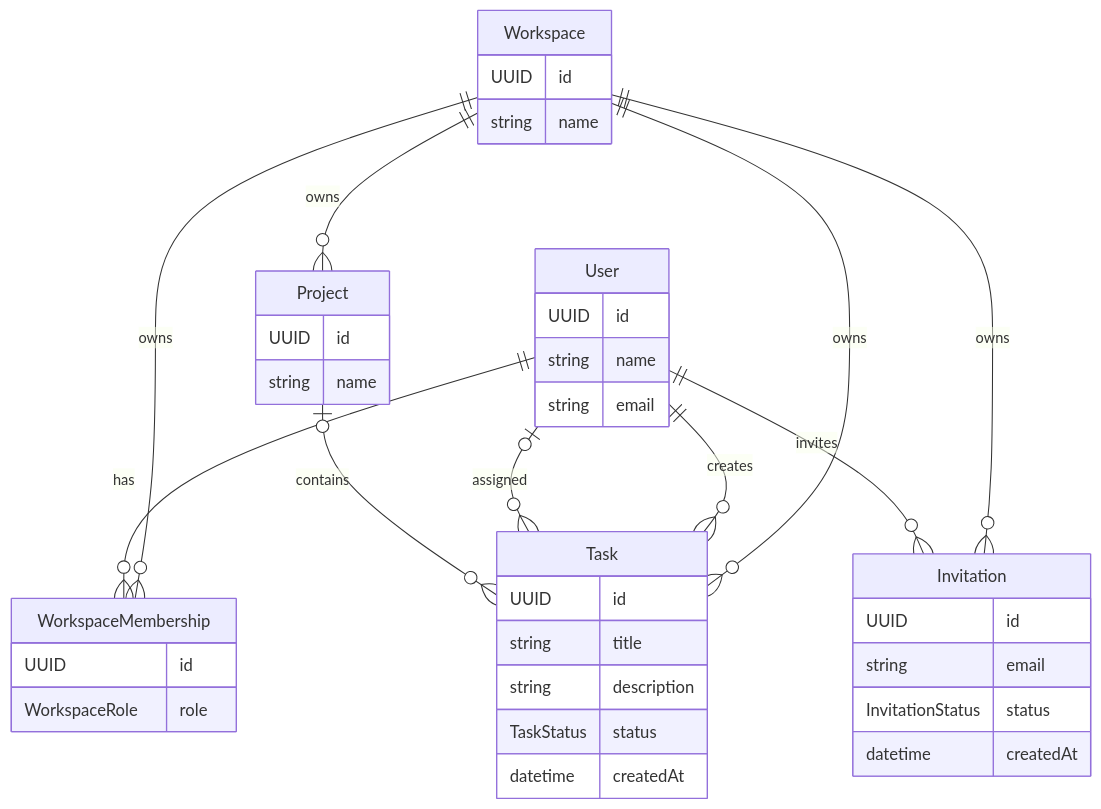
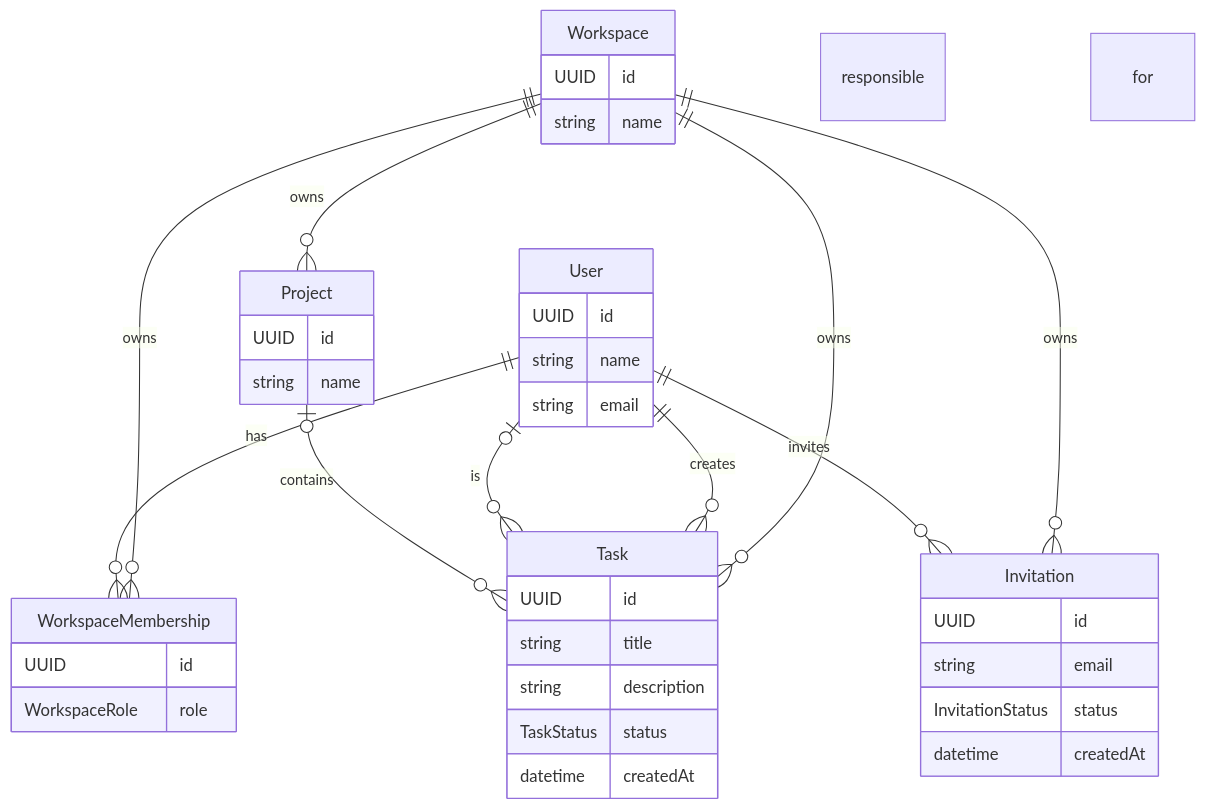
Before and after one commit to AlexOlivella/taskflow-ai: the diagram in docs/domain/domain-diagram.md, drawn with Mermaid. The commit also changed 12 other files, not shown here.

````diff
--- a/docs/domain/domain-diagram.md
+++ b/docs/domain/domain-diagram.md
@@ -5,53 +5,53 @@
 ```mermaid
 erDiagram
 
     Workspace {
         UUID id
         string name
     }
 
     User {
         UUID id
         string name
         string email
     }
 
     WorkspaceMembership {
         UUID id
         WorkspaceRole role
     }
 
     Project {
         UUID id
         string name
     }
 
     Task {
         UUID id
         string title
         string description
         TaskStatus status
         datetime createdAt
     }
 
     Invitation {
         UUID id
         string email
         InvitationStatus status
         datetime createdAt
     }
 
     Workspace ||--o{ Project : owns
     Workspace ||--o{ Task : owns
     Workspace ||--o{ WorkspaceMembership : owns
     Workspace ||--o{ Invitation : owns
 
     User      ||--o{ WorkspaceMembership : has
     User      ||--o{ Task : creates
-    User      o|--o{ Task : assigned
+    User      o|--o{ Task : is responsible for
     User      ||--o{ Invitation : invites
 
     Project   o|--o{ Task : contains
 
 
 ```
````
